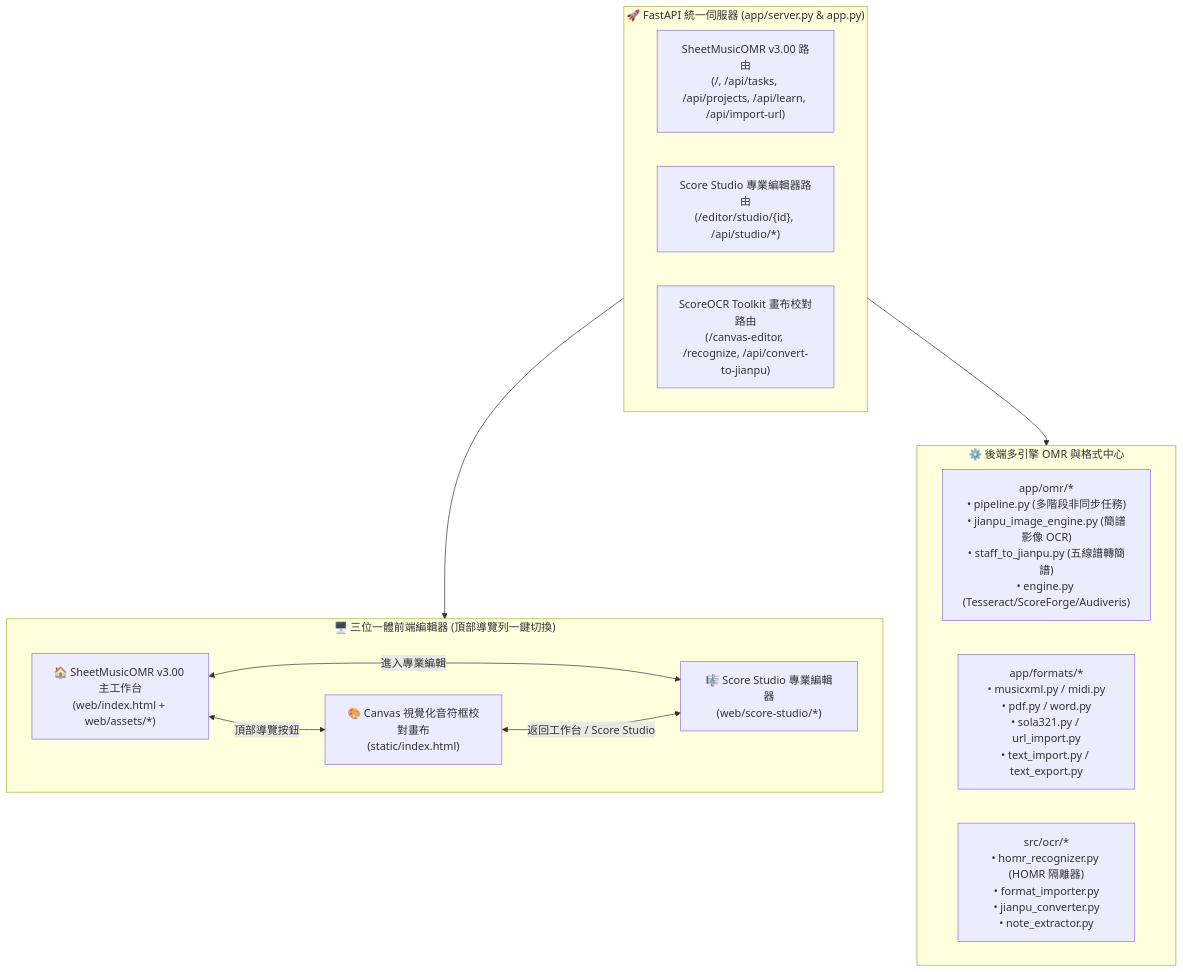
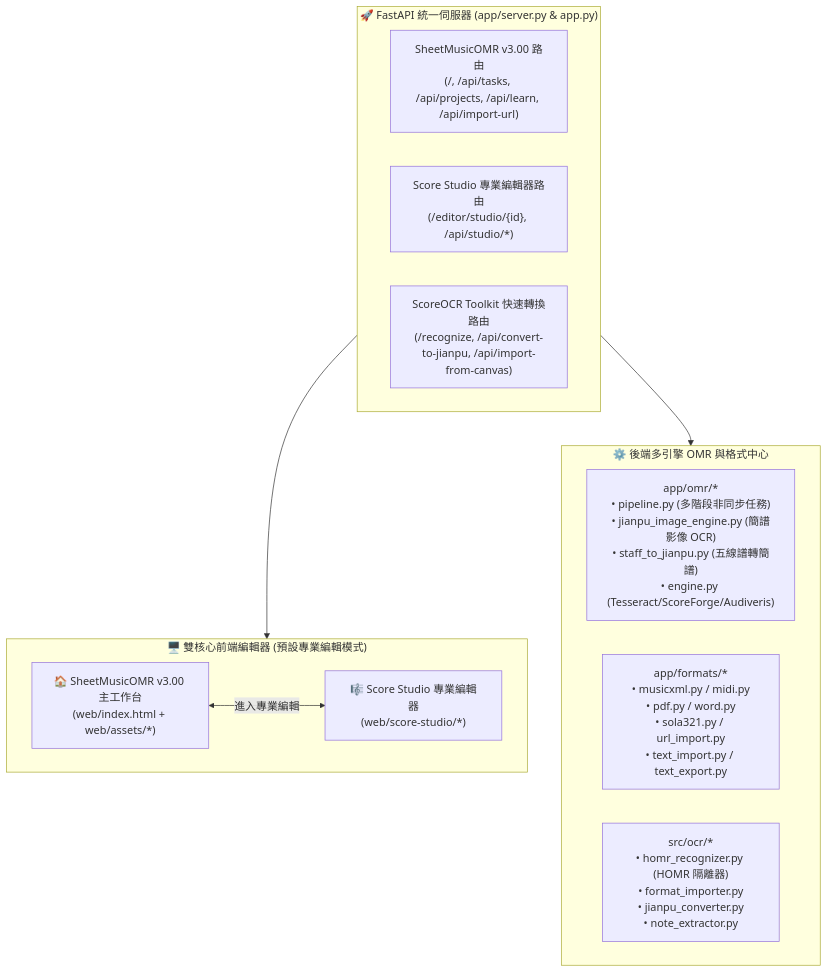
One commit to Jimmy-hankdress/score-ocr-toolkit changed the diagram in PROJECT_HANDOVER.md. Above: the diagram before and after it, drawn with Mermaid. The commit also changed other lines of this file and 8 other files, not shown here.

Commit message:
chore(ui): remove deprecated canvas visual proofreader (/canvas-editor)

````diff
--- a/PROJECT_HANDOVER.md
+++ b/PROJECT_HANDOVER.md
@@ -28,26 +28,23 @@
 ```mermaid
 flowchart TD
     subgraph UnifiedServer["🚀 FastAPI 統一伺服器 (app/server.py & app.py)"]
         R1["SheetMusicOMR v3.00 路由<br/>(/, /api/tasks, /api/projects, /api/learn, /api/import-url)"]
         R2["Score Studio 專業編輯器路由<br/>(/editor/studio/{id}, /api/studio/*)"]
-        R3["ScoreOCR Toolkit 畫布校對路由<br/>(/canvas-editor, /recognize, /api/convert-to-jianpu)"]
+        R3["ScoreOCR Toolkit 快速轉換路由<br/>(/recognize, /api/convert-to-jianpu, /api/import-from-canvas)"]
     end
 
-    subgraph FrontendSuite["🖥️ 三位一體前端編輯器 (頂部導覽列一鍵切換)"]
+    subgraph FrontendSuite["🖥️ 雙核心前端編輯器 (預設專業編輯模式)"]
         UI1["🏠 SheetMusicOMR v3.00 主工作台<br/>(web/index.html + web/assets/*)"]
         UI2["🎼 Score Studio 專業編輯器<br/>(web/score-studio/*)"]
-        UI3["🎨 Canvas 視覺化音符框校對畫布<br/>(static/index.html)"]
-        UI1 <-->|"頂部導覽按鈕"| UI3
         UI1 <-->|"進入專業編輯"| UI2
-        UI3 <-->|"返回工作台 / Score Studio"| UI2
     end
 
     subgraph BackendEngines["⚙️ 後端多引擎 OMR 與格式中心"]
         B1["app/omr/*<br/>• pipeline.py (多階段非同步任務)<br/>• jianpu_image_engine.py (簡譜影像 OCR)<br/>• staff_to_jianpu.py (五線譜轉簡譜)<br/>• engine.py (Tesseract/ScoreForge/Audiveris)"]
         B2["app/formats/*<br/>• musicxml.py / midi.py<br/>• pdf.py / word.py<br/>• sola321.py / url_import.py<br/>• text_import.py / text_export.py"]
         B3["src/ocr/*<br/>• homr_recognizer.py (HOMR 隔離器)<br/>• format_importer.py<br/>• jianpu_converter.py<br/>• note_extractor.py"]
     end
 
     UnifiedServer --> FrontendSuite
     UnifiedServer --> BackendEngines
 ```
````
